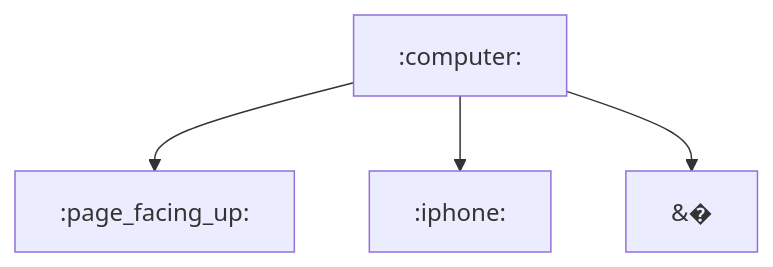
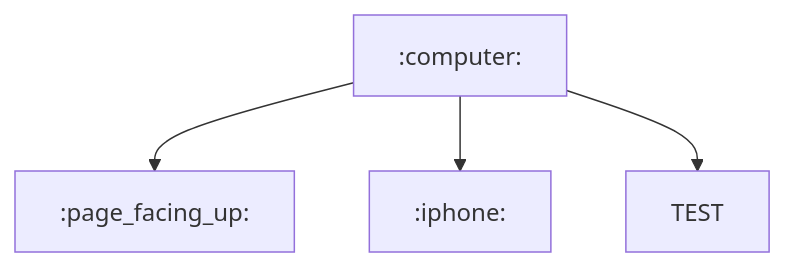
One commit to BlockchainCommons/SmartCustody changed the first of 16 diagrams in Docs/Scenario-Multisig.md. Above: the diagram before and after it, drawn with Mermaid.

````diff
--- a/Docs/Scenario-Multisig.md
+++ b/Docs/Scenario-Multisig.md
@@ -18,10 +18,10 @@
 ```mermaid
     graph TD;
     A[:computer:]
     B[:page_facing_up:]
     C[:iphone:]
-    D[&#4036990633;]
+    D[TEST]
     A-->B;
     A-->C;
     A-->D;
 ```
````
